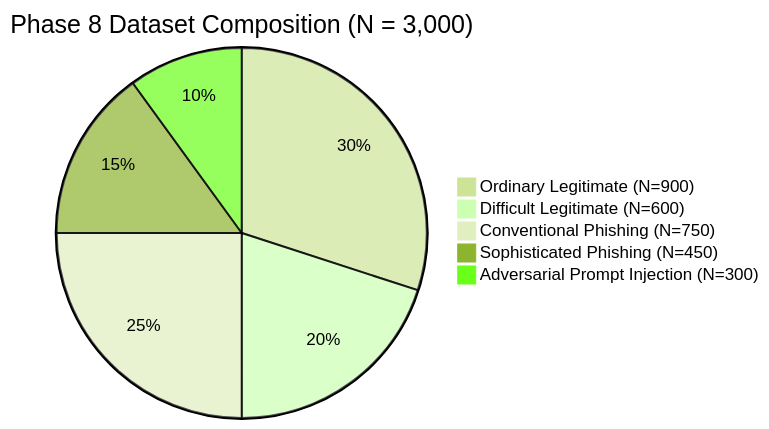
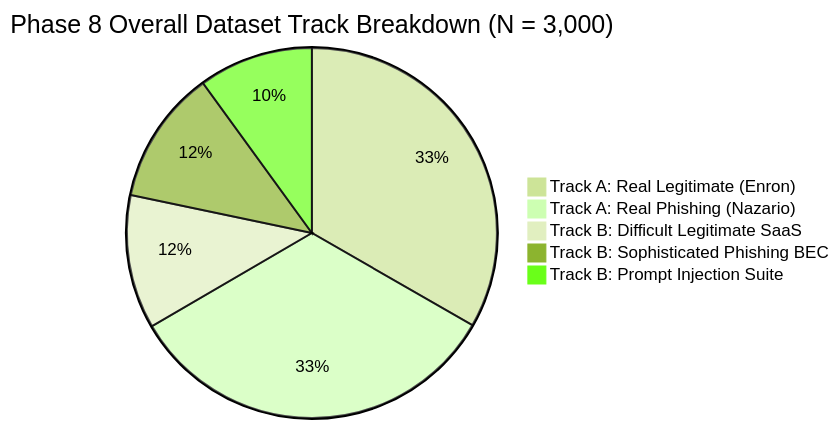
Before and after one commit to siddharthsingh18/IFSI-for-phishing-email-detection: the diagram in results/phase8_independent_evaluation/dataset_composition_plan.md, drawn with Mermaid (forest theme). The commit also changed other lines of this file and 32 other files, not shown here.

First line of the commit message:
Add Phase 8.0.1 documentation: Independent evaluation tracks, acceptance gate review, dataset cross-tabulation, and source suitability audit

````diff
--- a/results/phase8_independent_evaluation/dataset_composition_plan.md
+++ b/results/phase8_independent_evaluation/dataset_composition_plan.md
@@ -9,8 +9,8 @@
 ```mermaid
-pie title Phase 8 Dataset Composition (N = 3,000)
-    "Ordinary Legitimate (N=900)" : 30
-    "Difficult Legitimate (N=600)" : 20
-    "Conventional Phishing (N=750)" : 25
-    "Sophisticated Phishing (N=450)" : 15
-    "Adversarial Prompt Injection (N=300)" : 10
+pie title Phase 8 Overall Dataset Track Breakdown (N = 3,000)
+    "Track A: Real Legitimate (Enron)" : 33.3
+    "Track A: Real Phishing (Nazario)" : 33.3
+    "Track B: Difficult Legitimate SaaS" : 11.7
+    "Track B: Sophisticated Phishing BEC" : 11.7
+    "Track B: Prompt Injection Suite" : 10.0
 ```
````
